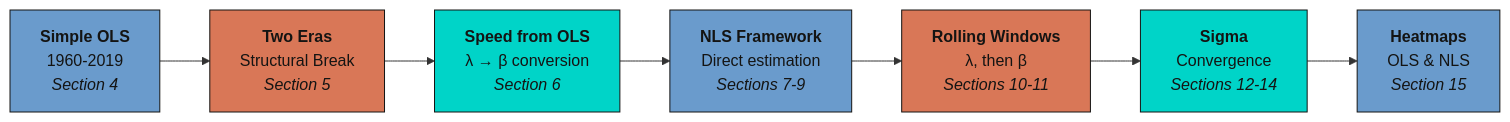
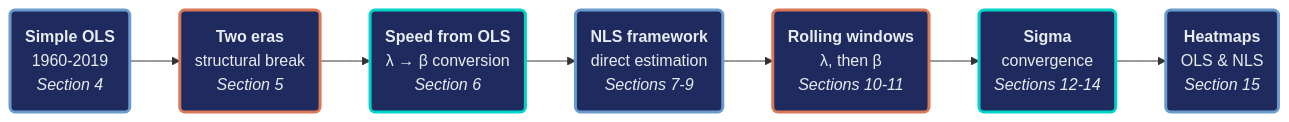
Before and after one commit to cmg777/starter-academic-v501: the first of 2 diagrams in content/post/stata_convergence/index.md, drawn with Mermaid. The commit also changed other lines of this file and 13 other files, not shown here.

First line of the commit message:
content(mermaid): restyle flowcharts in Stata posts, batch 1 of 2

````diff
--- a/content/post/stata_convergence/index.md
+++ b/content/post/stata_convergence/index.md
@@ -246,20 +246,18 @@
 ```mermaid
 graph LR
-    A["<b>Simple OLS</b><br/>1960-2019<br/><i>Section 4</i>"]
-    B["<b>Two Eras</b><br/>Structural Break<br/><i>Section 5</i>"]
-    C["<b>Speed from OLS</b><br/>λ → β conversion<br/><i>Section 6</i>"]
-    D["<b>NLS Framework</b><br/>Direct estimation<br/><i>Sections 7-9</i>"]
-    E["<b>Rolling Windows</b><br/>λ, then β<br/><i>Sections 10-11</i>"]
-    F["<b>Sigma</b><br/>Convergence<br/><i>Sections 12-14</i>"]
-    G["<b>Heatmaps</b><br/>OLS & NLS<br/><i>Section 15</i>"]
+    A("<b>Simple OLS</b><br/>1960-2019<br/><i>Section 4</i>")
+    B("<b>Two eras</b><br/>structural break<br/><i>Section 5</i>")
+    C("<b>Speed from OLS</b><br/>λ → β conversion<br/><i>Section 6</i>")
+    D("<b>NLS framework</b><br/>direct estimation<br/><i>Sections 7-9</i>")
+    E("<b>Rolling windows</b><br/>λ, then β<br/><i>Sections 10-11</i>")
+    F("<b>Sigma</b><br/>convergence<br/><i>Sections 12-14</i>")
+    G("<b>Heatmaps</b><br/>OLS & NLS<br/><i>Section 15</i>")
 
     A --> B --> C --> D --> E --> F --> G
-
-    style A fill:#6a9bcc,stroke:#141413,color:#141413
-    style B fill:#d97757,stroke:#141413,color:#141413
-    style C fill:#00d4c8,stroke:#141413,color:#141413
-    style D fill:#6a9bcc,stroke:#141413,color:#141413
-    style E fill:#d97757,stroke:#141413,color:#141413
-    style F fill:#00d4c8,stroke:#141413,color:#141413
-    style G fill:#6a9bcc,stroke:#141413,color:#141413
+    classDef blue fill:#1f2b5e,stroke:#6a9bcc,stroke-width:3px,color:#e8ecf2
+    classDef orange fill:#1f2b5e,stroke:#d97757,stroke-width:3px,color:#e8ecf2
+    classDef teal fill:#1f2b5e,stroke:#00d4c8,stroke-width:3px,color:#e8ecf2
+    class A,D,G blue
+    class B,E orange
+    class C,F teal
 ```
````
